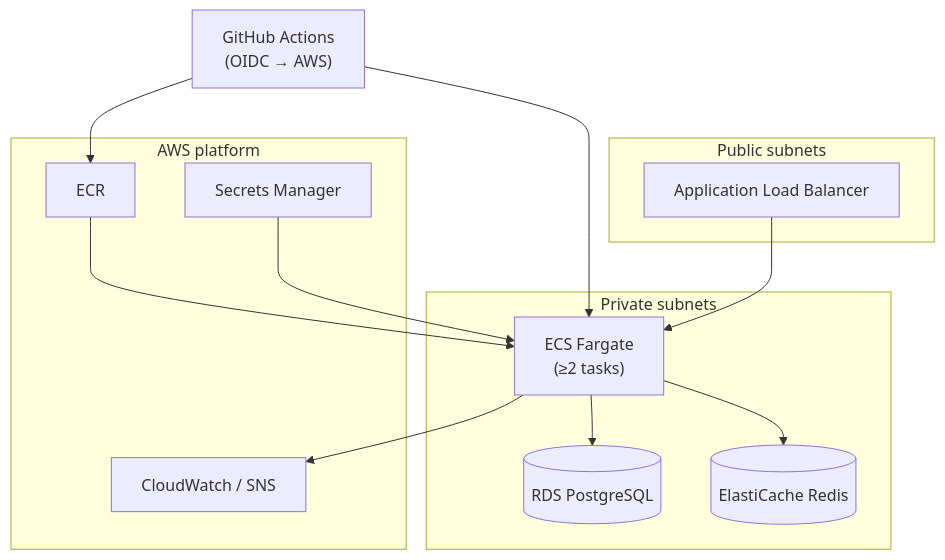
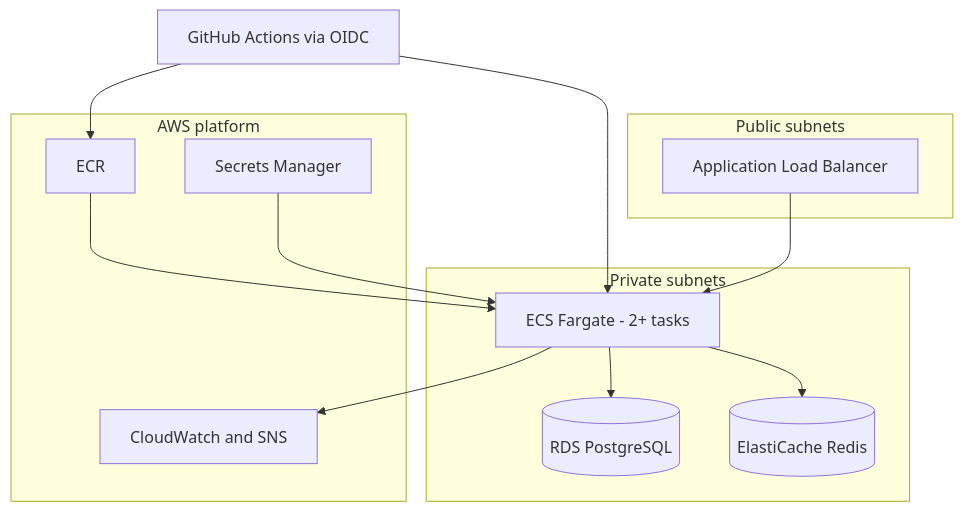
The diagram in README.md (xsaadahmed/authforge), drawn with Mermaid before and after one commit.

Commit message:
Fix README architecture diagram for GitHub Mermaid rendering.

````diff
--- a/README.md
+++ b/README.md
@@ -9,27 +9,27 @@
 ```mermaid
 flowchart TB
-  subgraph public["Public subnets"]
-    ALB["Application Load Balancer"]
+  subgraph public [Public subnets]
+    ALB[Application Load Balancer]
   end
 
-  subgraph private["Private subnets"]
-    ECS["ECS Fargate\n(≥2 tasks)"]
-    RDS[("RDS PostgreSQL")]
-    Redis[("ElastiCache Redis")]
+  subgraph private [Private subnets]
+    ECS[ECS Fargate - 2+ tasks]
+    RDS[(RDS PostgreSQL)]
+    Redis[(ElastiCache Redis)]
   end
 
-  subgraph aws["AWS platform"]
-    ECR["ECR"]
-    SM["Secrets Manager"]
-    CW["CloudWatch / SNS"]
+  subgraph aws [AWS platform]
+    ECR[ECR]
+    SM[Secrets Manager]
+    CW[CloudWatch and SNS]
   end
 
-  GH["GitHub Actions\n(OIDC → AWS)"] --> ECR
+  GH[GitHub Actions via OIDC] --> ECR
   GH --> ECS
   ECR --> ECS
   SM --> ECS
   ALB --> ECS
   ECS --> RDS
   ECS --> Redis
   ECS --> CW
 ```
````
